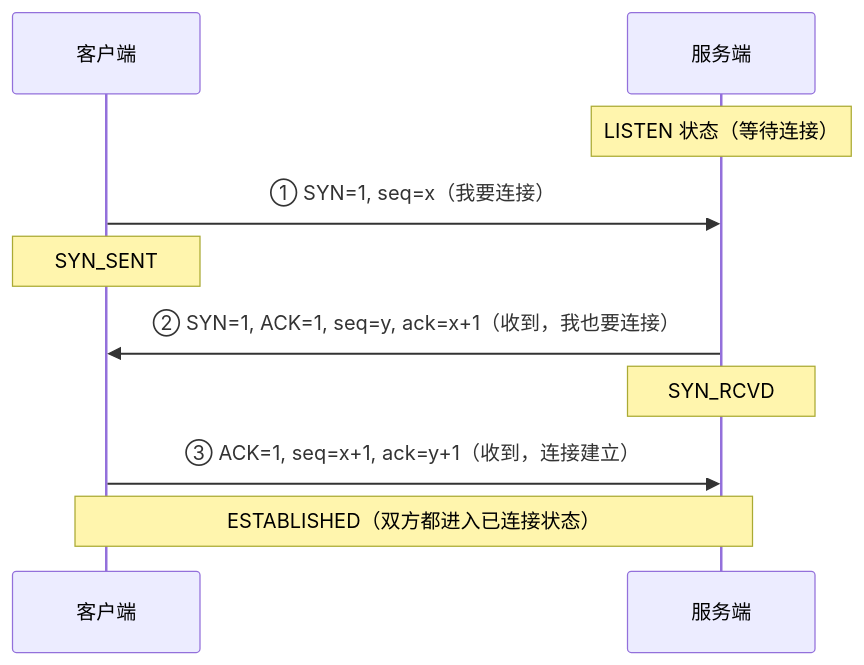
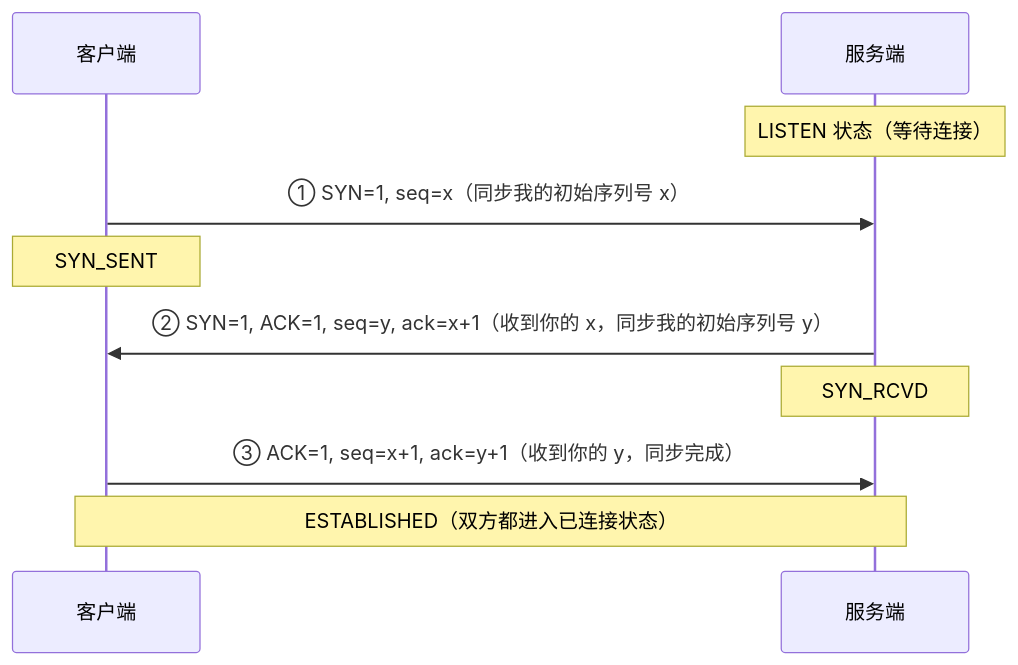
One commit to LiPingjiang/Full-Stack-Knowledge-Book changed the first of 6 diagrams in part3-java-deep/A2-网络协议基础.md. Above: the diagram before and after it, drawn with Mermaid. The commit also changed other lines of this file, not shown here.

Commit message:
docs(A2): 补充分层依赖关系（上层依赖下层）、SYN=Synchronize 词源与序列号概念、更新小结表

````diff
--- a/part3-java-deep/A2-网络协议基础.md
+++ b/part3-java-deep/A2-网络协议基础.md
@@ -31,12 +39,12 @@
 ```mermaid
 sequenceDiagram
     participant C as 客户端
     participant S as 服务端
     Note over S: LISTEN 状态（等待连接）
-    C->>S: ① SYN=1, seq=x（我要连接）
+    C->>S: ① SYN=1, seq=x（同步我的初始序列号 x）
     Note over C: SYN_SENT
-    S->>C: ② SYN=1, ACK=1, seq=y, ack=x+1（收到，我也要连接）
+    S->>C: ② SYN=1, ACK=1, seq=y, ack=x+1（收到你的 x，同步我的初始序列号 y）
     Note over S: SYN_RCVD
-    C->>S: ③ ACK=1, seq=x+1, ack=y+1（收到，连接建立）
+    C->>S: ③ ACK=1, seq=x+1, ack=y+1（收到你的 y，同步完成）
     Note over C,S: ESTABLISHED（双方都进入已连接状态）
 ```
````
